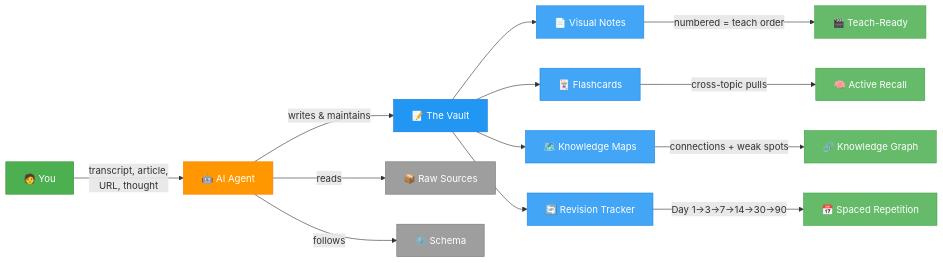
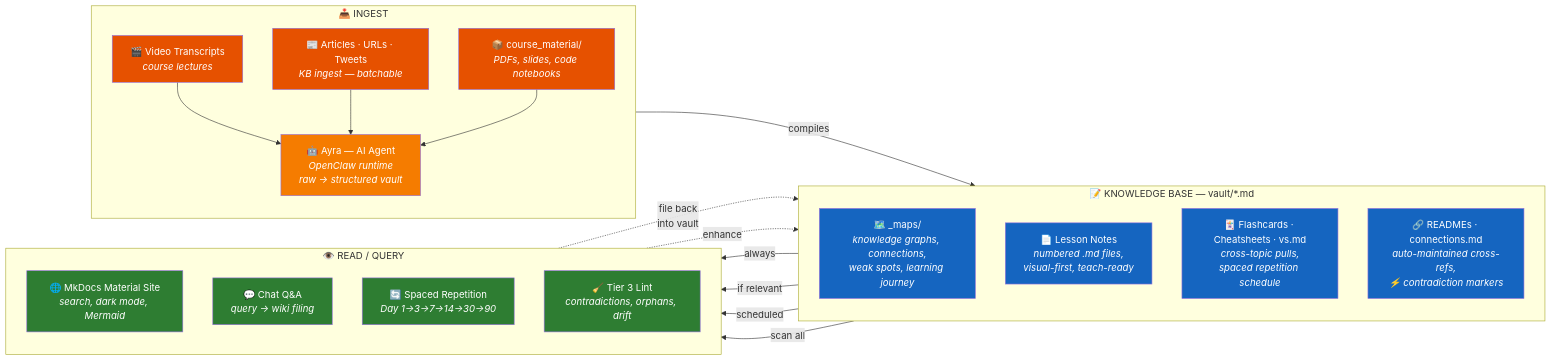
One commit to AyushSonuu/my-memory changed the first of 3 diagrams in README.md. Above: the diagram before and after it, drawn with Mermaid. The commit also changed other lines of this file and 4 other files, not shown here.

Commit message:
🎨 new architecture diagrams — 3-column Karpathy-style + phase pipeline with feedback loops

````diff
--- a/README.md
+++ b/README.md
@@ -9,32 +9,53 @@
 ```mermaid
 graph LR
-    YOU["🧑 You"] -->|transcript, article,<br/>URL, thought| AGENT["🤖 AI Agent"]
-    
-    AGENT -->|writes & maintains| VAULT["📝 The Vault"]
-    AGENT -->|reads| SOURCES["📦 Raw Sources"]
-    AGENT -->|follows| SCHEMA["⚙️ Schema"]
-    
-    VAULT --> NOTES["📄 Visual Notes"]
-    VAULT --> FC["🃏 Flashcards"]
-    VAULT --> MAPS["🗺️ Knowledge Maps"]
-    VAULT --> REV["🔄 Revision Tracker"]
-    
-    NOTES -->|"numbered = teach order"| TEACH["🎬 Teach-Ready"]
-    FC -->|"cross-topic pulls"| RECALL["🧠 Active Recall"]
-    MAPS -->|"connections + weak spots"| GRAPH["🔗 Knowledge Graph"]
-    REV -->|"Day 1→3→7→14→30→90"| SRS["📅 Spaced Repetition"]
+    subgraph INGEST["📥 INGEST"]
+        direction TB
+        VT["🎬 Video Transcripts<br/><i>course lectures</i>"]
+        ART["📰 Articles · URLs · Tweets<br/><i>KB ingest — batchable</i>"]
+        RAW["📦 course_material/<br/><i>PDFs, slides, code notebooks</i>"]
+        VT --> AGENT
+        ART --> AGENT
+        RAW --> AGENT
+        AGENT["🤖 Ayra — AI Agent<br/><i>OpenClaw runtime</i><br/><i>raw → structured vault</i>"]
+    end
 
-    style YOU fill:#4caf50,color:#fff,stroke:#388e3c
-    style AGENT fill:#ff9800,color:#fff,stroke:#f57c00
-    style VAULT fill:#2196f3,color:#fff,stroke:#1976d2
-    style SOURCES fill:#9e9e9e,color:#fff,stroke:#757575
-    style SCHEMA fill:#9e9e9e,color:#fff,stroke:#757575
-    style NOTES fill:#42a5f5,color:#fff,stroke:#1e88e5
-    style FC fill:#42a5f5,color:#fff,stroke:#1e88e5
-    style MAPS fill:#42a5f5,color:#fff,stroke:#1e88e5
-    style REV fill:#42a5f5,color:#fff,stroke:#1e88e5
-    style TEACH fill:#66bb6a,color:#fff,stroke:#43a047
-    style RECALL fill:#66bb6a,color:#fff,stroke:#43a047
-    style GRAPH fill:#66bb6a,color:#fff,stroke:#43a047
-    style SRS fill:#66bb6a,color:#fff,stroke:#43a047
+    subgraph KB["📝 KNOWLEDGE BASE — vault/*.md"]
+        direction TB
+        MAPS["🗺️ _maps/<br/><i>knowledge graphs, connections,</i><br/><i>weak spots, learning journey</i>"]
+        NOTES["📄 Lesson Notes<br/><i>numbered .md files,</i><br/><i>visual-first, teach-ready</i>"]
+        FC["🃏 Flashcards · Cheatsheets · vs.md<br/><i>cross-topic pulls,</i><br/><i>spaced repetition schedule</i>"]
+        REFS["🔗 READMEs · connections.md<br/><i>auto-maintained cross-refs,</i><br/><i>⚡ contradiction markers</i>"]
+    end
+
+    subgraph READ["👁️ READ / QUERY"]
+        direction TB
+        DOCS["🌐 MkDocs Material Site<br/><i>search, dark mode, Mermaid</i>"]
+        QA["💬 Chat Q&A<br/><i>query → wiki filing</i>"]
+        REV["🔄 Spaced Repetition<br/><i>Day 1→3→7→14→30→90</i>"]
+        LINT["🧹 Tier 3 Lint<br/><i>contradictions, orphans, drift</i>"]
+    end
+
+    AGENT -->|compiles| KB
+    MAPS -->|"always"| DOCS
+    NOTES -->|"if relevant"| QA
+    FC -->|"scheduled"| REV
+    REFS -->|"scan all"| LINT
+
+    QA -.->|"file back<br/>into vault"| NOTES
+    LINT -.->|"enhance"| KB
+
+    style VT fill:#e65100,color:#fff
+    style ART fill:#e65100,color:#fff
+    style RAW fill:#e65100,color:#fff
+    style AGENT fill:#f57c00,color:#fff
+
+    style MAPS fill:#1565c0,color:#fff
+    style NOTES fill:#1565c0,color:#fff
+    style FC fill:#1565c0,color:#fff
+    style REFS fill:#1565c0,color:#fff
+
+    style DOCS fill:#2e7d32,color:#fff
+    style QA fill:#2e7d32,color:#fff
+    style REV fill:#2e7d32,color:#fff
+    style LINT fill:#2e7d32,color:#fff
 ```
````
